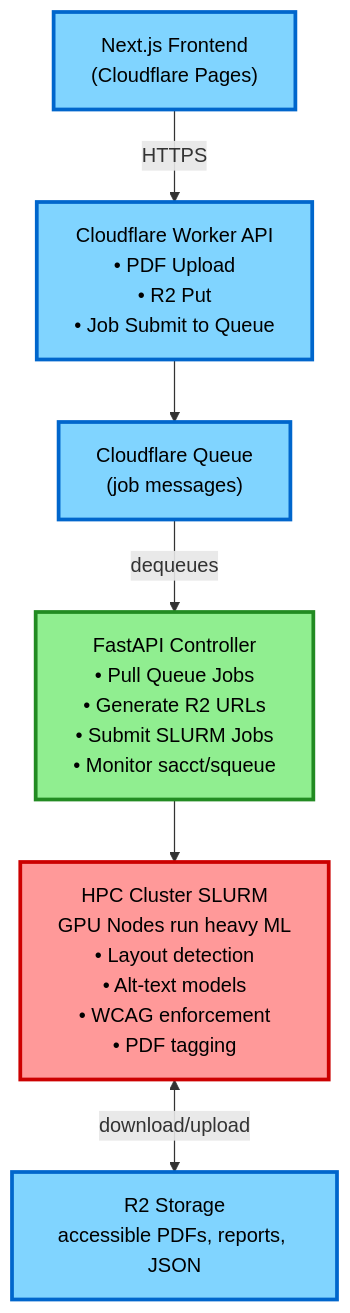
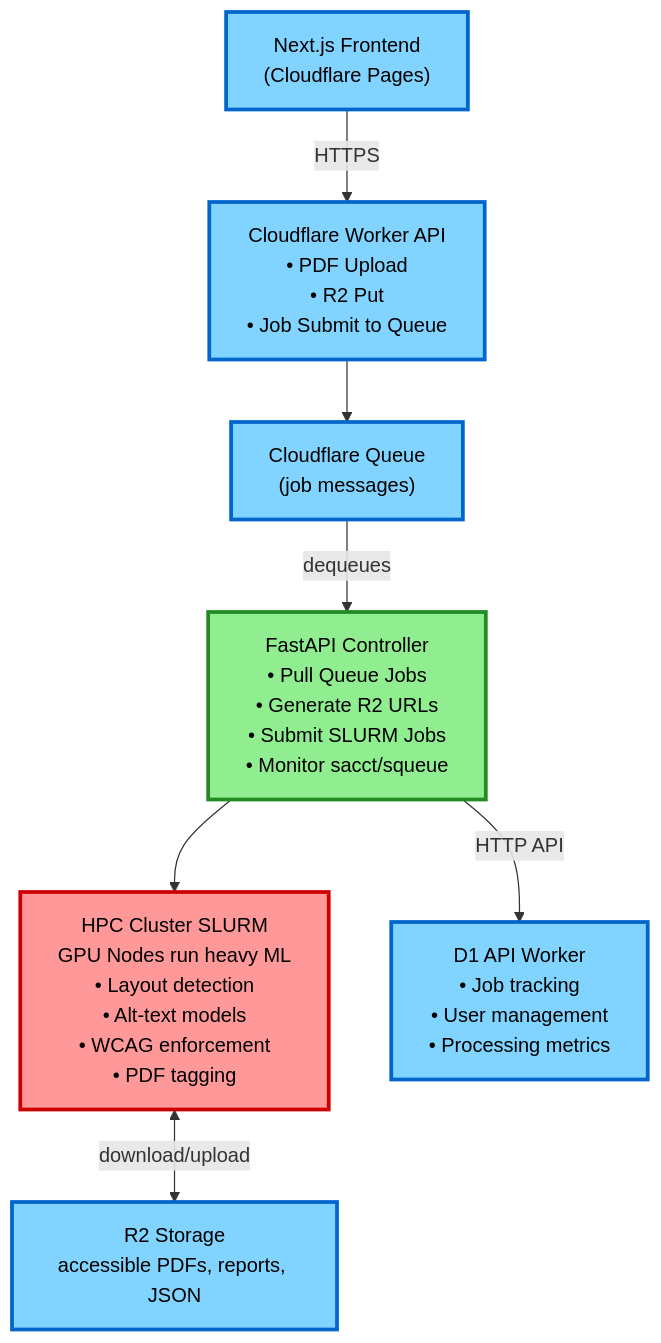
Before and after one commit to ucdavis/accessible-pdf-rocky: the first of 2 diagrams in docs/ARCHITECTURE.md, drawn with Mermaid. The commit also changed other lines of this file and 37 other files, not shown here.

````diff
--- a/docs/ARCHITECTURE.md
+++ b/docs/ARCHITECTURE.md
@@ -60,21 +60,25 @@
 ```mermaid
 flowchart TD
     Frontend["Next.js Frontend<br/>(Cloudflare Pages)"] -->|HTTPS| Workers
     
     Workers["Cloudflare Worker API<br/>• PDF Upload<br/>• R2 Put<br/>• Job Submit to Queue"] --> Queue
     
     Queue["Cloudflare Queue<br/>(job messages)"] -->|dequeues| Controller
     
     Controller["FastAPI Controller<br/>• Pull Queue Jobs<br/>• Generate R2 URLs<br/>• Submit SLURM Jobs<br/>• Monitor sacct/squeue"] --> HPC
+    Controller -->|HTTP API| DBWorker
+    
+    DBWorker["D1 API Worker<br/>• Job tracking<br/>• User management<br/>• Processing metrics"]
     
     HPC["HPC Cluster SLURM<br/>GPU Nodes run heavy ML<br/>• Layout detection<br/>• Alt-text models<br/>• WCAG enforcement<br/>• PDF tagging"] <-->|download/upload| R2
     
     R2["R2 Storage<br/>accessible PDFs, reports, JSON"]
     
     style Frontend fill:#80d4ff,stroke:#0066cc,stroke-width:3px,color:#000
     style Workers fill:#80d4ff,stroke:#0066cc,stroke-width:3px,color:#000
     style Queue fill:#80d4ff,stroke:#0066cc,stroke-width:3px,color:#000
     style Controller fill:#90ee90,stroke:#228b22,stroke-width:3px,color:#000
+    style DBWorker fill:#80d4ff,stroke:#0066cc,stroke-width:3px,color:#000
     style HPC fill:#ff9999,stroke:#cc0000,stroke-width:3px,color:#000
     style R2 fill:#80d4ff,stroke:#0066cc,stroke-width:3px,color:#000
 ```
````
